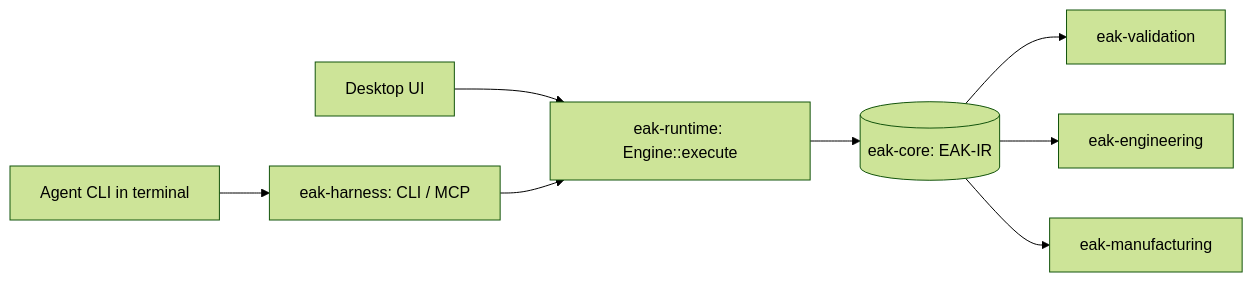
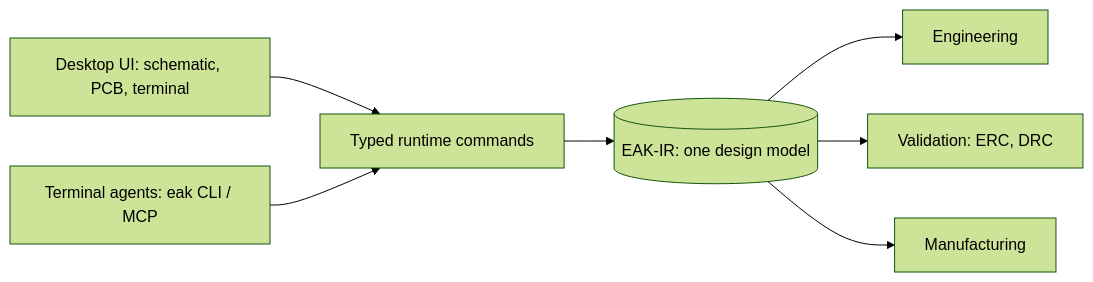
The diagram in README.md (NijoP/electronics-agent-kit-new-prototype), drawn with Mermaid (forest theme) before and after one commit. The commit also changed other lines of this file and 5 other files, not shown here.

````diff
--- a/README.md
+++ b/README.md
@@ -181,7 +93,9 @@
 ```mermaid
 flowchart LR
-  UI[Desktop UI] --> RT
-  AG[Agent CLI in terminal] --> HX[eak-harness: CLI / MCP] --> RT
-  RT[eak-runtime: Engine::execute] --> IR[(eak-core: EAK-IR)]
-  IR --> VAL[eak-validation] & ENG[eak-engineering] & MFG[eak-manufacturing]
+  UI[Desktop UI: schematic, PCB, terminal] --> CMD[Typed runtime commands]
+  AGENT[Terminal agents: eak CLI / MCP] --> CMD
+  CMD --> IR[(EAK-IR: one design model)]
+  IR --> ENG[Engineering]
+  IR --> VAL[Validation: ERC, DRC]
+  IR --> MFG[Manufacturing]
 ```
````
